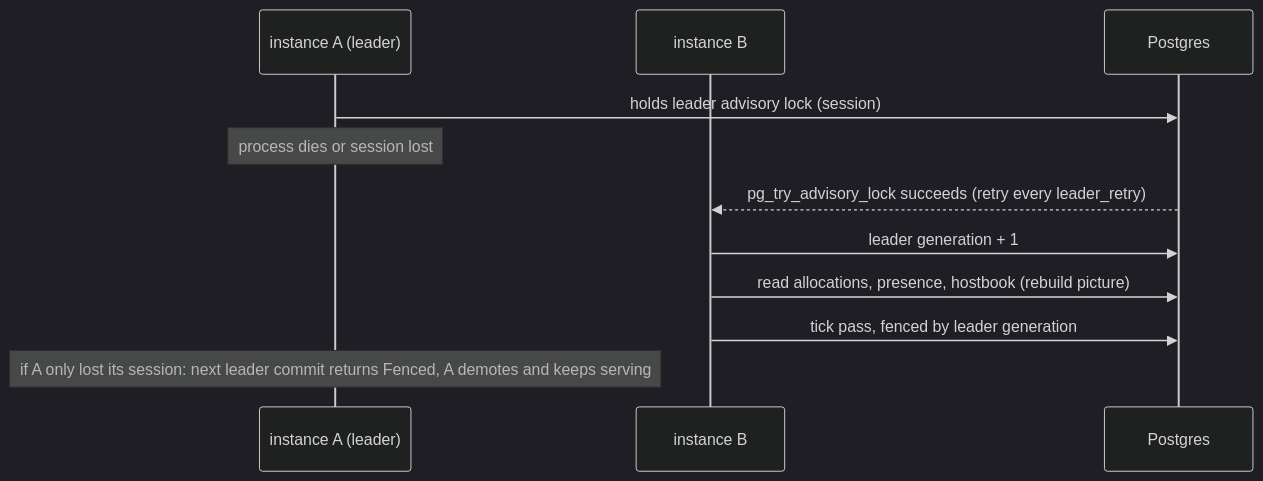
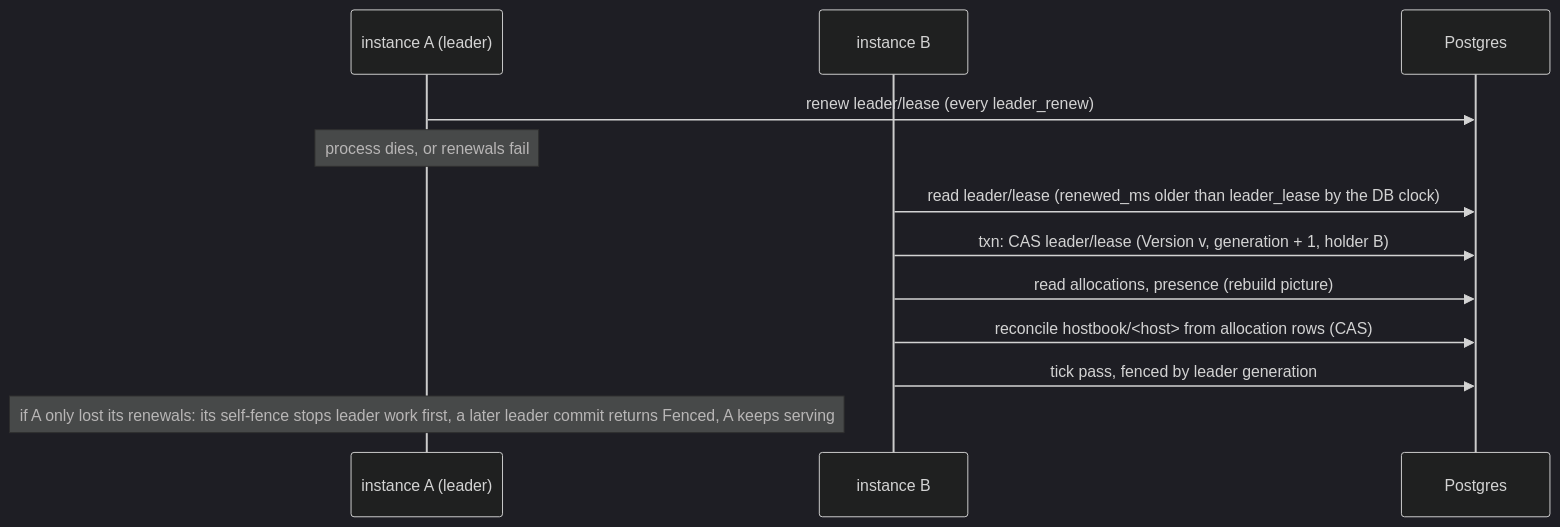
The fourth of 4 diagrams in docs/design/multi-instance.md (komira-ai/jobscheduler), drawn with Mermaid (dark theme) before and after one commit. The commit also changed other lines of this file, not shown here.

First line of the commit message:
Revise the multi-instance design for the critic findings: flip takeover, hostbook, taint hand-off, leader lease

````diff
--- a/docs/design/multi-instance.md
+++ b/docs/design/multi-instance.md
@@ -322,13 +446,14 @@
 ```mermaid
 sequenceDiagram
     participant A as instance A (leader)
     participant B as instance B
     participant PG as Postgres
-    A->>PG: holds leader advisory lock (session)
-    Note over A: process dies or session lost
-    PG-->>B: pg_try_advisory_lock succeeds (retry every leader_retry)
-    B->>PG: leader generation + 1
-    B->>PG: read allocations, presence, hostbook (rebuild picture)
+    A->>PG: renew leader/lease (every leader_renew)
+    Note over A: process dies, or renewals fail
+    B->>PG: read leader/lease (renewed_ms older than leader_lease by the DB clock)
+    B->>PG: txn: CAS leader/lease (Version v, generation + 1, holder B)
+    B->>PG: read allocations, presence (rebuild picture)
+    B->>PG: reconcile hostbook/<host> from allocation rows (CAS)
     B->>PG: tick pass, fenced by leader generation
-    Note over A: if A only lost its session: next leader commit returns Fenced, A demotes and keeps serving
+    Note over A: if A only lost its renewals: its self-fence stops leader work first, a later leader commit returns Fenced, A keeps serving
 ```
````
